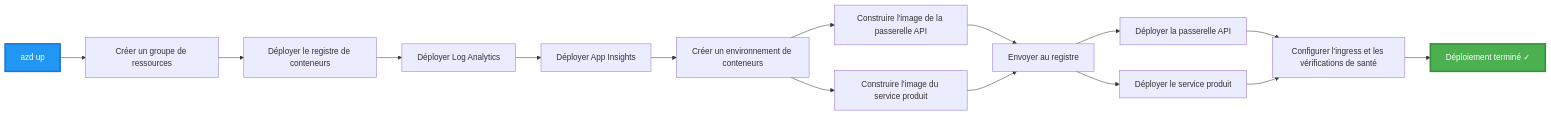
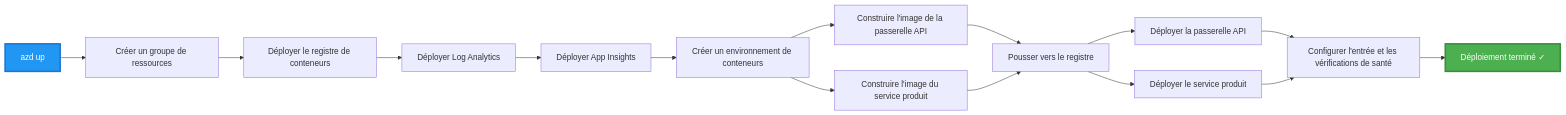
One commit to microsoft/AZD-for-beginners changed the third of 4 diagrams in translations/fr/examples/microservices/README.md. Above: the diagram before and after it, drawn with Mermaid. The commit also changed other lines of this file and 282 other files, not shown here.

````diff
--- a/translations/fr/examples/microservices/README.md
+++ b/translations/fr/examples/microservices/README.md
@@ -242,20 +233,20 @@
 ```mermaid
 graph LR
     A[azd up] --> B[Créer un groupe de ressources]
     B --> C[Déployer le registre de conteneurs]
     C --> D[Déployer Log Analytics]
     D --> E[Déployer App Insights]
     E --> F[Créer un environnement de conteneurs]
     F --> G[Construire l'image de la passerelle API]
     F --> H[Construire l'image du service produit]
-    G --> I[Envoyer au registre]
+    G --> I[Pousser vers le registre]
     H --> I
     I --> J[Déployer la passerelle API]
     I --> K[Déployer le service produit]
-    J --> L[Configurer l'ingress et les vérifications de santé]
+    J --> L[Configurer l'entrée et les vérifications de santé]
     K --> L
     L --> M[Déploiement terminé ✓]
     
     style A fill:#2196F3,stroke:#1976D2,stroke-width:3px,color:#fff
     style M fill:#4CAF50,stroke:#388E3C,stroke-width:3px,color:#fff
 ```
````
